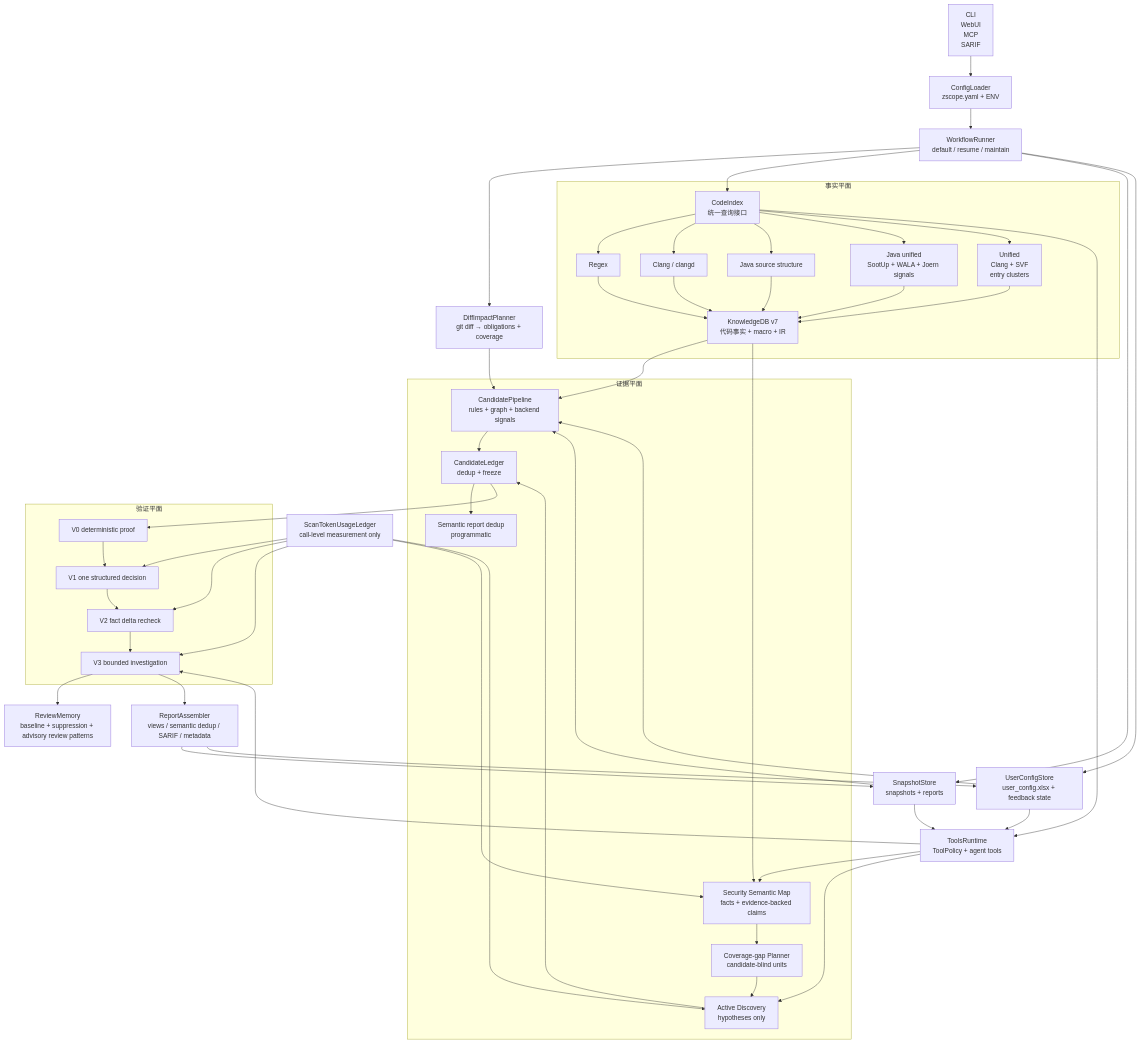
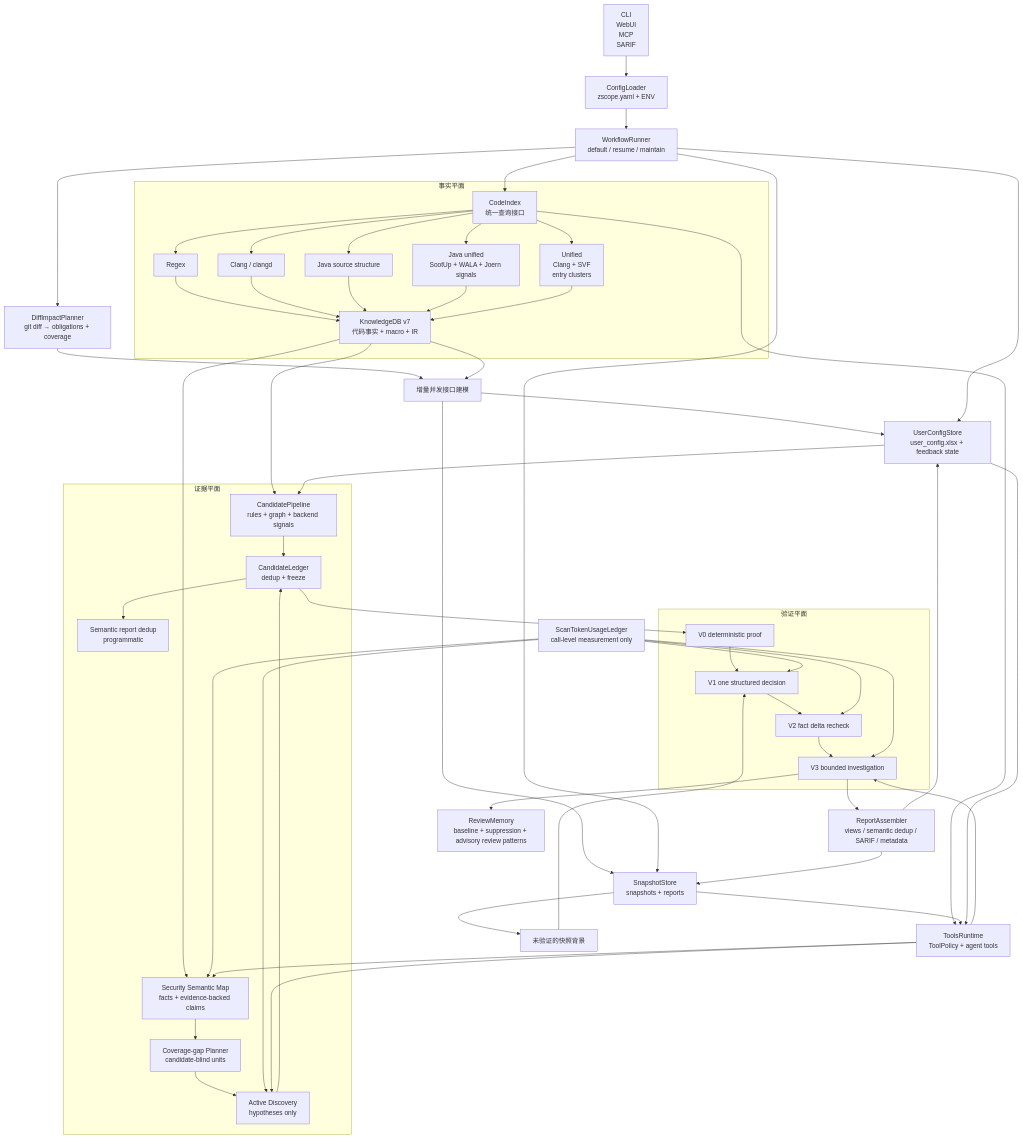
The diagram in docs/architecture.md (zealousness/Z-Scope), drawn with Mermaid before and after one commit. The commit also changed other lines of this file and 227 other files, not shown here.

````diff
--- a/docs/architecture.md
+++ b/docs/architecture.md
@@ -46,72 +46,75 @@
 ```mermaid
 flowchart TB
     Ingress["CLI<br/>WebUI<br/>MCP<br/>SARIF"]
     Config["ConfigLoader<br/>zscope.yaml + ENV"]
     Workflow["WorkflowRunner<br/>default / resume / maintain"]
     DiffImpact["DiffImpactPlanner<br/>git diff → obligations + coverage"]
 
     subgraph FactPlane["事实平面"]
         Index["CodeIndex<br/>统一查询接口"]
         Regex["Regex"]
         Clang["Clang / clangd"]
         JavaSource["Java source structure"]
         JavaUnified["Java unified<br/>SootUp + WALA + Joern signals"]
         Unified["Unified<br/>Clang + SVF<br/>entry clusters"]
         KDB["KnowledgeDB v7<br/>代码事实 + macro + IR"]
     end
 
     subgraph EvidencePlane["证据平面"]
         Candidate["CandidatePipeline<br/>rules + graph + backend signals"]
         SecurityMap["Security Semantic Map<br/>facts + evidence-backed claims"]
         Gap["Coverage-gap Planner<br/>candidate-blind units"]
         Discovery["Active Discovery<br/>hypotheses only"]
         Ledger["CandidateLedger<br/>dedup + freeze"]
         SemanticDedup["Semantic report dedup<br/>programmatic"]
     end
 
     TokenUsage["ScanTokenUsageLedger<br/>call-level measurement only"]
     subgraph ValidationPlane["验证平面"]
         V0["V0 deterministic proof"]
         V1["V1 one structured decision"]
         V2["V2 fact delta recheck"]
         V3["V3 bounded investigation"]
     end
 ReviewMemory["ReviewMemory<br/>baseline + suppression + advisory review patterns"]
     Tools["ToolsRuntime<br/>ToolPolicy + agent tools"]
     Snapshot["SnapshotStore<br/>snapshots + reports"]
     UserCfg["UserConfigStore<br/>user_config.xlsx + feedback state"]
     Report["ReportAssembler<br/>views / semantic dedup / SARIF / metadata"]
 
     Ingress --> Config --> Workflow
-    Workflow --> DiffImpact --> Candidate
+    Workflow --> DiffImpact --> Modeling["增量并发接口建模"]
+    KDB --> Modeling
+    Modeling --> UserCfg
+    Modeling --> Snapshot
     Workflow --> Index
     Index --> Regex --> KDB
     Index --> Clang --> KDB
     Index --> JavaSource --> KDB
     Index --> JavaUnified --> KDB
     Index --> Unified --> KDB
     Workflow --> Snapshot
     Workflow --> UserCfg
     KDB --> Candidate
-    Snapshot --> Candidate
+    Snapshot --> SnapshotPoints["未验证的快照背景"] --> V1
     UserCfg --> Candidate
     Candidate --> Ledger
     KDB --> SecurityMap --> Gap --> Discovery --> Ledger
     Ledger --> SemanticDedup
     Ledger --> V0 --> V1 --> V2 --> V3
     TokenUsage --> SecurityMap
     TokenUsage --> Discovery
     TokenUsage --> V1
     TokenUsage --> V2
     TokenUsage --> V3
     V3 --> ReviewMemory
     Tools --> SecurityMap
     Tools --> Discovery
     Tools --> V3
     Index --> Tools
     Snapshot --> Tools
     UserCfg --> Tools
     V3 --> Report
     Report --> Snapshot
     Report --> UserCfg
 ```
````
